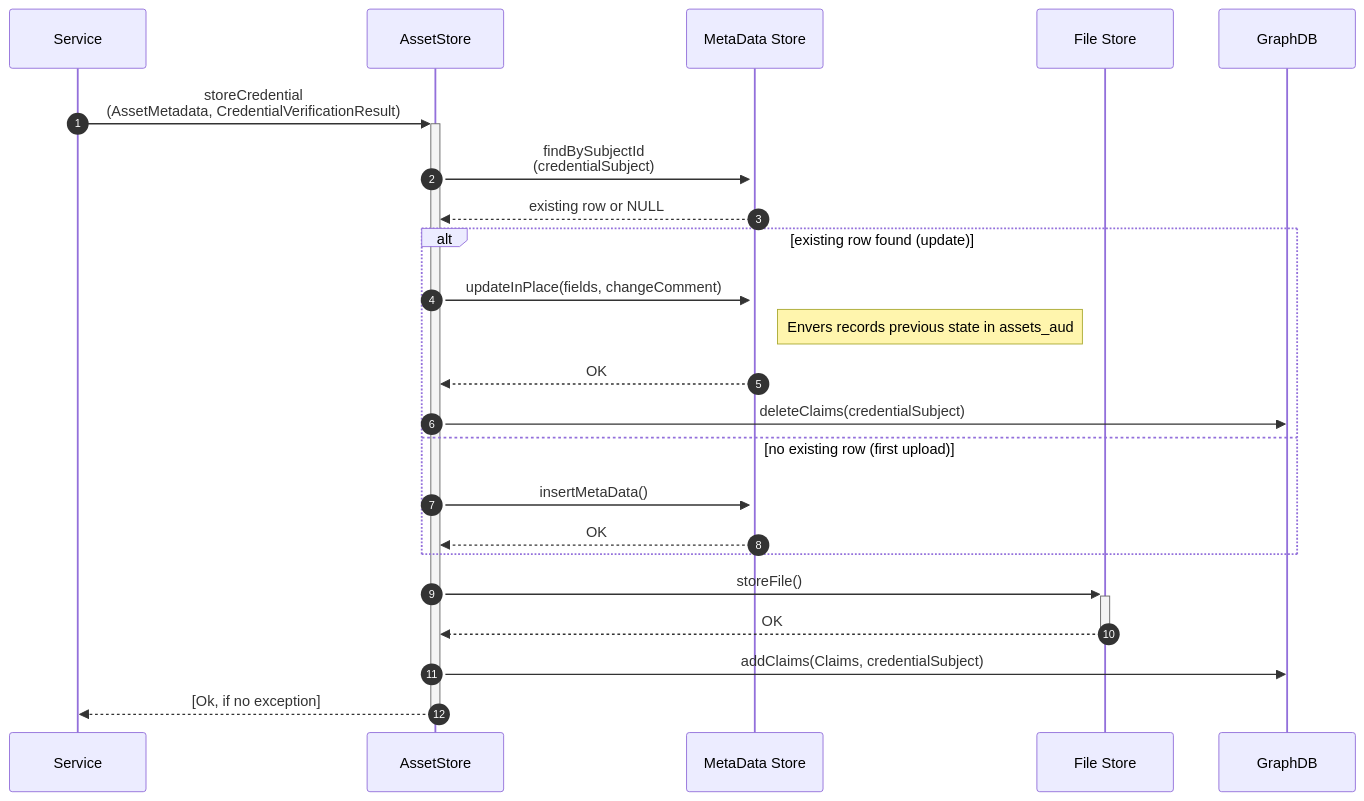
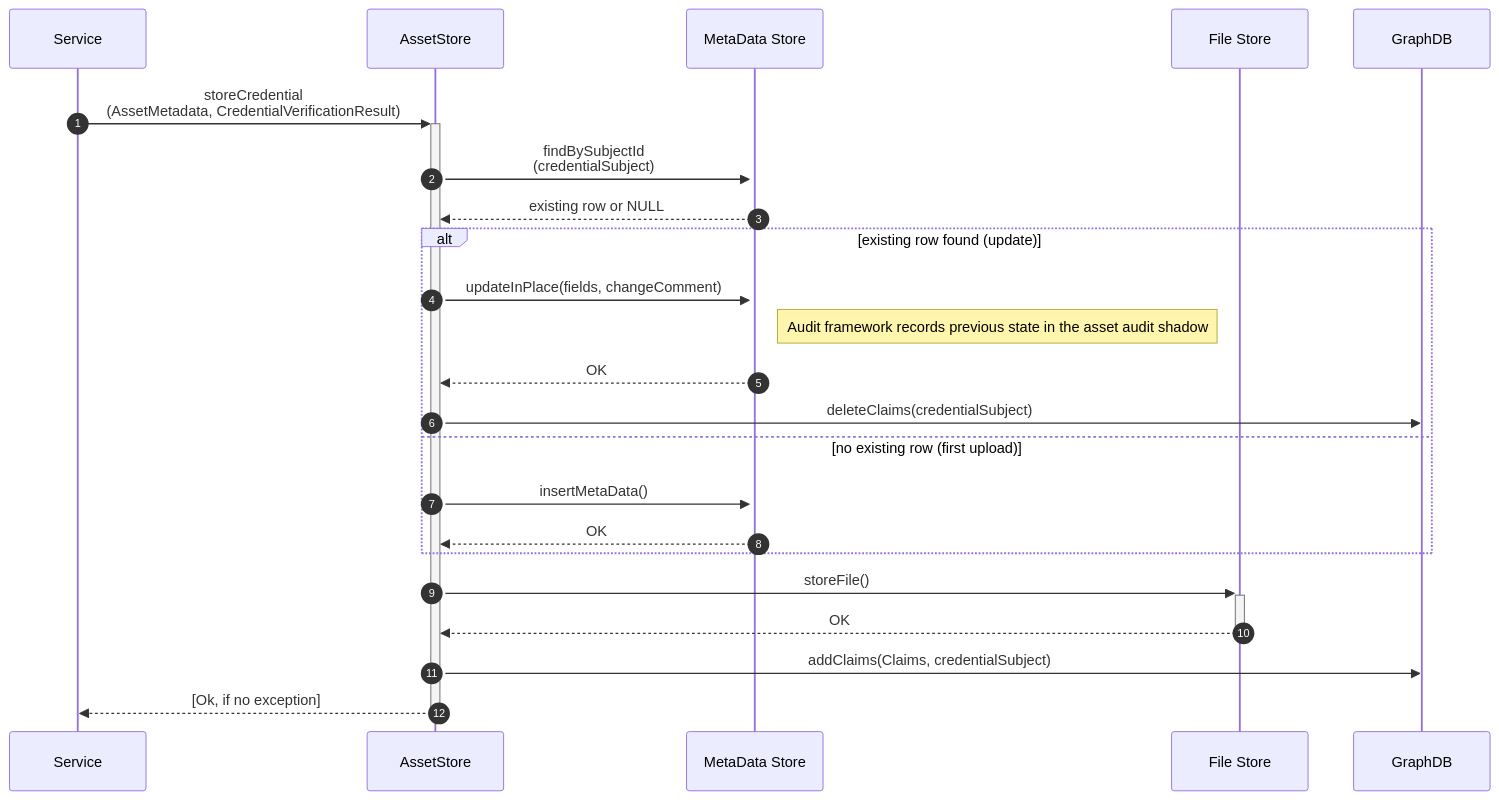
Diagram 40 of 44 in federated-catalogue/src/docs/architecture/chapters/06_runtime_view.adoc (federated-catalogue-enhancements-2026/docs), drawn with Mermaid before and after one commit. The commit also changed other lines of this file and 11 other files, not shown here.

First line of the commit message:
docs(arc42): decouple federated-catalogue architecture docs from implementation detail

```diff
--- a/federated-catalogue/src/docs/architecture/chapters/06_runtime_view.adoc
+++ b/federated-catalogue/src/docs/architecture/chapters/06_runtime_view.adoc
@@ -1240,25 +1257,25 @@
 [mermaid, width=2000]
 ....
 sequenceDiagram
     autonumber
     participant Service
     participant AssetStore as AssetStore
     participant MetaData as MetaData Store
     participant FileStore as File Store
         Service ->> + AssetStore: storeCredential<br>(AssetMetadata, CredentialVerificationResult)
         AssetStore ->> + MetaData:findBySubjectId<br>(credentialSubject)
         MetaData -->> AssetStore:existing row or NULL
         alt existing row found (update)
             AssetStore ->> MetaData:updateInPlace(fields, changeComment)
-            Note right of MetaData: Envers records previous state in assets_aud
+            Note right of MetaData: Audit framework records previous state in the asset audit shadow
             MetaData -->> AssetStore:OK
             AssetStore ->> GraphDB:deleteClaims(credentialSubject)
         else no existing row (first upload)
             AssetStore ->> MetaData:insertMetaData()
             MetaData -->> AssetStore:OK
         end
         AssetStore ->> + FileStore:storeFile()
         FileStore -->> - AssetStore:OK
         AssetStore ->> GraphDB:addClaims(Claims, credentialSubject)
         AssetStore -->> - Service: [Ok, if no exception]
 ....
```
